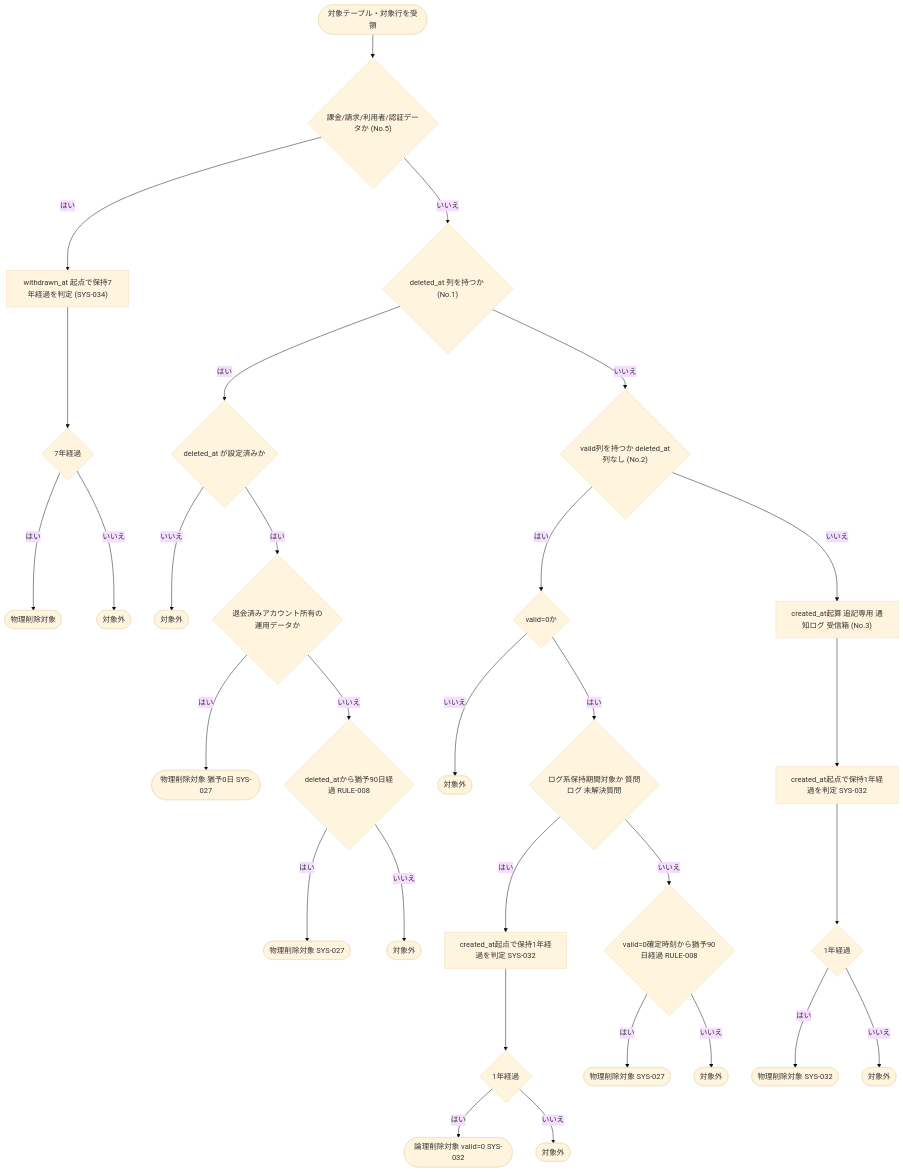
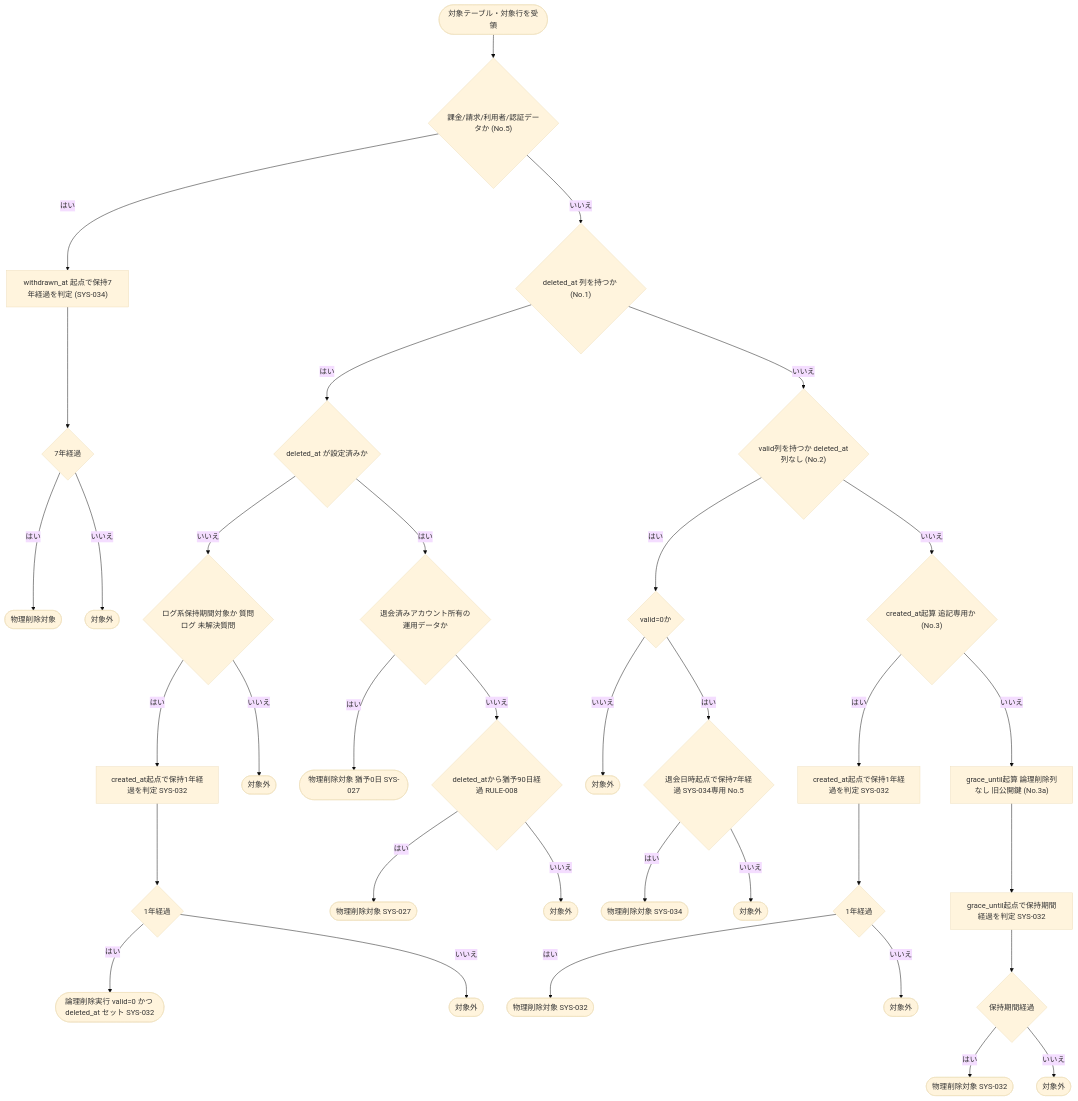
The diagram in 03_detail_design/04_ipo/IPO-010.md (sikakou54/open-faq), drawn with Mermaid (base theme) before and after one commit. The commit also changed other lines of this file and 15 other files, not shown here.

````diff
--- a/03_detail_design/04_ipo/IPO-010.md
+++ b/03_detail_design/04_ipo/IPO-010.md
@@ -57,32 +59,37 @@
 ```mermaid
 flowchart TB
   S([対象テーブル・対象行を受領]) --> Q0{"課金/請求/利用者/認証データか (No.5)"}
   Q0 -- はい --> W["withdrawn_at 起点で保持7年経過を判定 (SYS-034)"]
   W --> W2{"7年経過"}
   W2 -- はい --> WD([物理削除対象])
   W2 -- いいえ --> WN([対象外])
   Q0 -- いいえ --> Q1{"deleted_at 列を持つか (No.1)"}
   Q1 -- はい --> D1{"deleted_at が設定済みか"}
-  D1 -- いいえ --> N1([対象外])
+  D1 -- いいえ --> R3{"ログ系保持期間対象か 質問ログ 未解決質問"}
+  R3 -- はい --> LG1["created_at起点で保持1年経過を判定 SYS-032"]
+  LG1 --> LG1R{"1年経過"}
+  LG1R -- はい --> LD1(["論理削除実行 valid=0 かつ deleted_at セット SYS-032"])
+  LG1R -- いいえ --> N4([対象外])
+  R3 -- いいえ --> N1([対象外])
   D1 -- はい --> R1{"退会済みアカウント所有の運用データか"}
   R1 -- はい --> PD1([物理削除対象 猶予0日 SYS-027])
   R1 -- いいえ --> G1{"deleted_atから猶予90日経過 RULE-008"}
   G1 -- はい --> PD2([物理削除対象 SYS-027])
   G1 -- いいえ --> N2([対象外])
   Q1 -- いいえ --> Q2{"valid列を持つか deleted_at列なし (No.2)"}
   Q2 -- はい --> D2{"valid=0か"}
   D2 -- いいえ --> N3([対象外])
-  D2 -- はい --> R2{"ログ系保持期間対象か 質問ログ 未解決質問"}
-  R2 -- はい --> LG1["created_at起点で保持1年経過を判定 SYS-032"]
-  LG1 --> LG1R{"1年経過"}
-  LG1R -- はい --> LD1([論理削除対象 valid=0 SYS-032])
-  LG1R -- いいえ --> N4([対象外])
-  R2 -- いいえ --> G2{"valid=0確定時刻から猶予90日経過 RULE-008"}
-  G2 -- はい --> PD3([物理削除対象 SYS-027])
+  D2 -- はい --> G2{"退会日時起点で保持7年経過 SYS-034専用 No.5"}
+  G2 -- はい --> PD3([物理削除対象 SYS-034])
   G2 -- いいえ --> N5([対象外])
-  Q2 -- いいえ --> Q3["created_at起算 追記専用 通知ログ 受信箱 (No.3)"]
-  Q3 --> LG2["created_at起点で保持1年経過を判定 SYS-032"]
+  Q2 -- いいえ --> Q3{"created_at起算 追記専用か (No.3)"}
+  Q3 -- はい --> LG2["created_at起点で保持1年経過を判定 SYS-032"]
   LG2 --> LG2R{"1年経過"}
   LG2R -- はい --> PD4([物理削除対象 SYS-032])
   LG2R -- いいえ --> N6([対象外])
+  Q3 -- いいえ --> Q4["grace_until起算 論理削除列なし 旧公開鍵 (No.3a)"]
+  Q4 --> LG3["grace_until起点で保持期間経過を判定 SYS-032"]
+  LG3 --> LG3R{"保持期間経過"}
+  LG3R -- はい --> PD5([物理削除対象 SYS-032])
+  LG3R -- いいえ --> N7([対象外])
 ```
````
